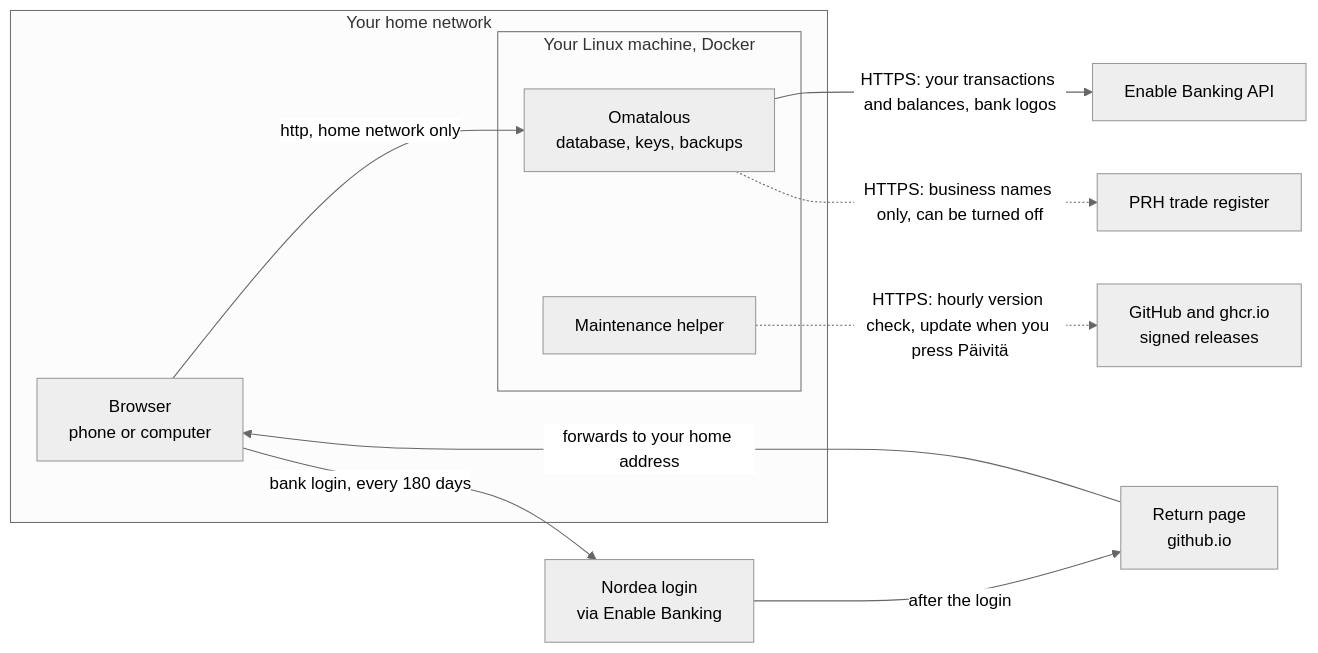
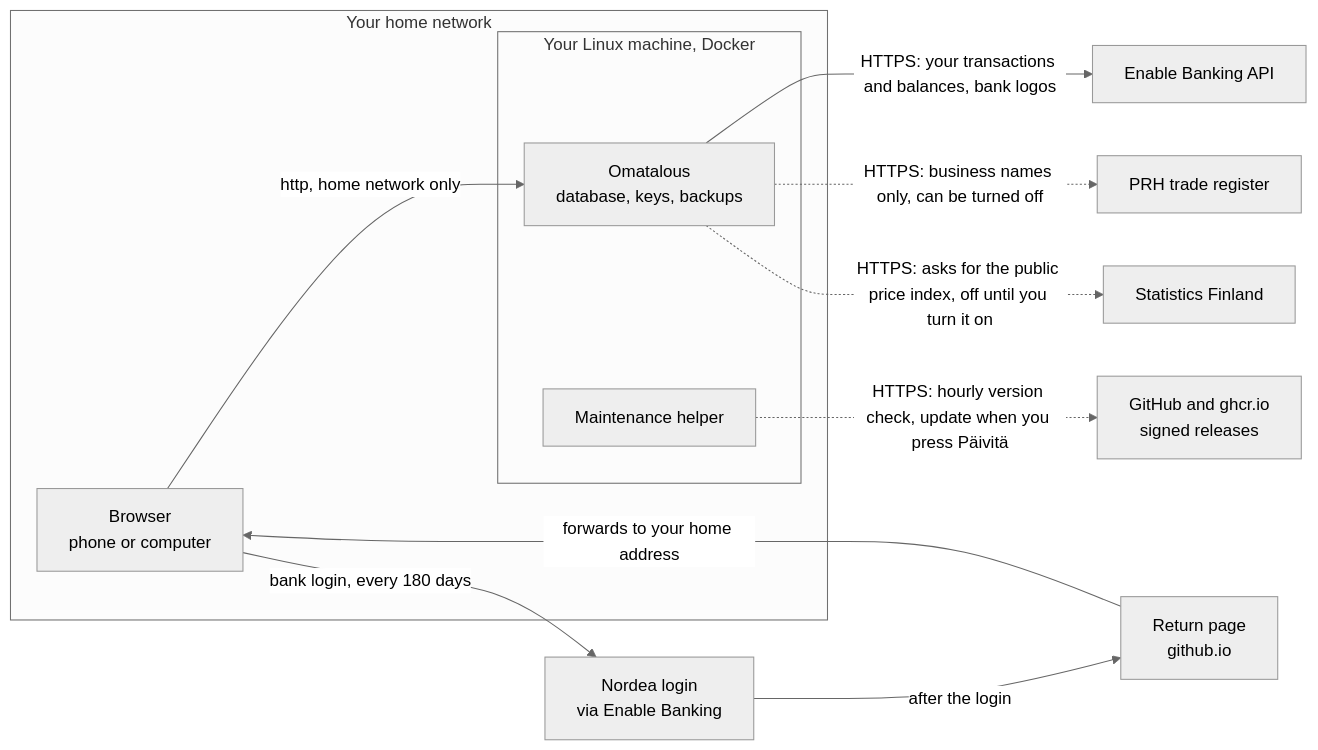
One commit to jouni-mikkola/omatalous changed the diagram in docs/SECURITY.md. Above: the diagram before and after it, drawn with Mermaid (neutral theme). The commit also changed other lines of this file and 1507 other files, not shown here.

````diff
--- a/docs/SECURITY.md
+++ b/docs/SECURITY.md
@@ -18,17 +18,18 @@
 ```mermaid
 flowchart LR
   subgraph home["Your home network"]
     browser["Browser<br/>phone or computer"]
     subgraph machine["Your Linux machine, Docker"]
       app["Omatalous<br/>database, keys, backups"]
       helper["Maintenance helper"]
     end
   end
   browser -->|"http, home network only"| app
   app -->|"HTTPS: your transactions and balances, bank logos"| eb["Enable Banking API"]
   app -.->|"HTTPS: business names only, can be turned off"| prh["PRH trade register"]
+  app -.->|"HTTPS: asks for the public price index, off until you turn it on"| stat["Statistics Finland"]
   helper -.->|"HTTPS: hourly version check, update when you press Päivitä"| gh["GitHub and ghcr.io<br/>signed releases"]
   browser -->|"bank login, every 180 days"| bank["Nordea login<br/>via Enable Banking"]
   bank -->|"after the login"| relay["Return page<br/>github.io"]
   relay -->|"forwards to your home address"| browser
 ```
````
